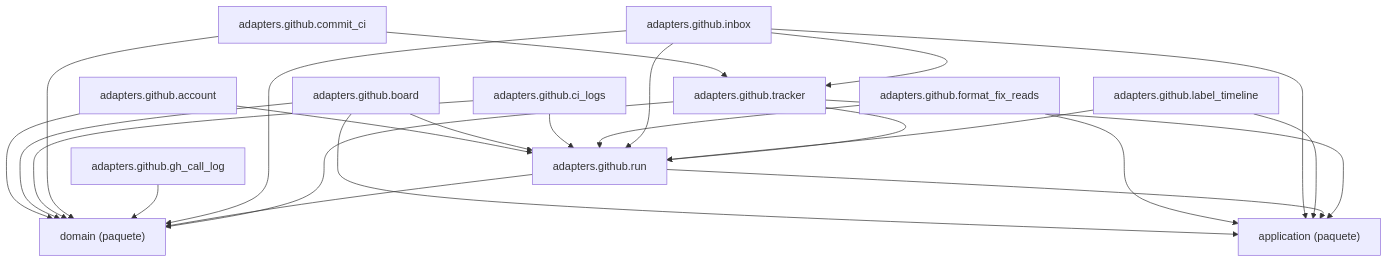
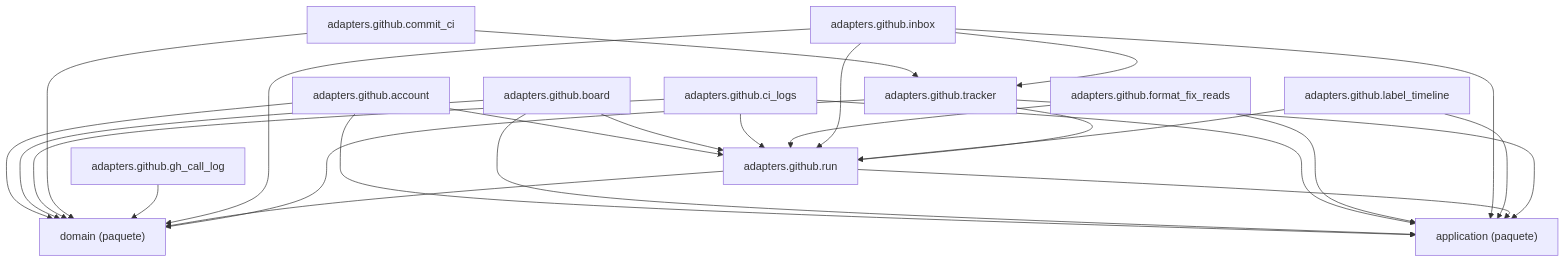
The diagram in docs/architecture/generated/packages-process-adapters-github.md (GonzaloZevallos/agentic-system), drawn with Mermaid before and after one commit.

Commit message:
Regenerate the github adapters graph: account and ci_logs import the GhCallLog port

````diff
--- a/docs/architecture/generated/packages-process-adapters-github.md
+++ b/docs/architecture/generated/packages-process-adapters-github.md
@@ -15,38 +15,40 @@
 ```mermaid
 graph TD
     g_pkg__application["application (paquete)"]
     g_pkg__domain["domain (paquete)"]
     m_adapters__github__account["adapters.github.account"]
     m_adapters__github__board["adapters.github.board"]
     m_adapters__github__ci_logs["adapters.github.ci_logs"]
     m_adapters__github__commit_ci["adapters.github.commit_ci"]
     m_adapters__github__format_fix_reads["adapters.github.format_fix_reads"]
     m_adapters__github__gh_call_log["adapters.github.gh_call_log"]
     m_adapters__github__inbox["adapters.github.inbox"]
     m_adapters__github__label_timeline["adapters.github.label_timeline"]
     m_adapters__github__run["adapters.github.run"]
     m_adapters__github__tracker["adapters.github.tracker"]
+    m_adapters__github__account --> g_pkg__application
     m_adapters__github__account --> g_pkg__domain
     m_adapters__github__account --> m_adapters__github__run
     m_adapters__github__board --> g_pkg__application
     m_adapters__github__board --> g_pkg__domain
     m_adapters__github__board --> m_adapters__github__run
+    m_adapters__github__ci_logs --> g_pkg__application
     m_adapters__github__ci_logs --> g_pkg__domain
     m_adapters__github__ci_logs --> m_adapters__github__run
     m_adapters__github__commit_ci --> g_pkg__domain
     m_adapters__github__commit_ci --> m_adapters__github__tracker
     m_adapters__github__format_fix_reads --> g_pkg__application
     m_adapters__github__format_fix_reads --> m_adapters__github__run
     m_adapters__github__gh_call_log --> g_pkg__domain
     m_adapters__github__inbox --> g_pkg__application
     m_adapters__github__inbox --> g_pkg__domain
     m_adapters__github__inbox --> m_adapters__github__run
     m_adapters__github__inbox --> m_adapters__github__tracker
     m_adapters__github__label_timeline --> g_pkg__application
     m_adapters__github__label_timeline --> m_adapters__github__run
     m_adapters__github__run --> g_pkg__application
     m_adapters__github__run --> g_pkg__domain
     m_adapters__github__tracker --> g_pkg__application
     m_adapters__github__tracker --> g_pkg__domain
     m_adapters__github__tracker --> m_adapters__github__run
 ```
````
